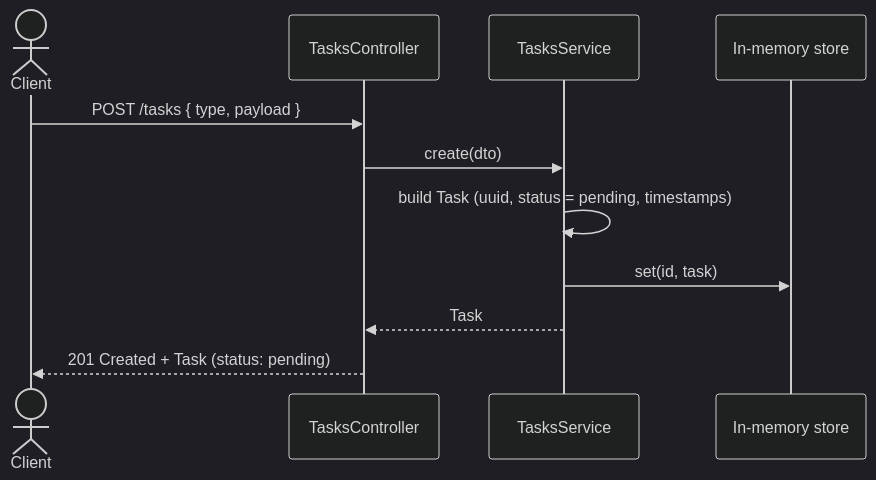
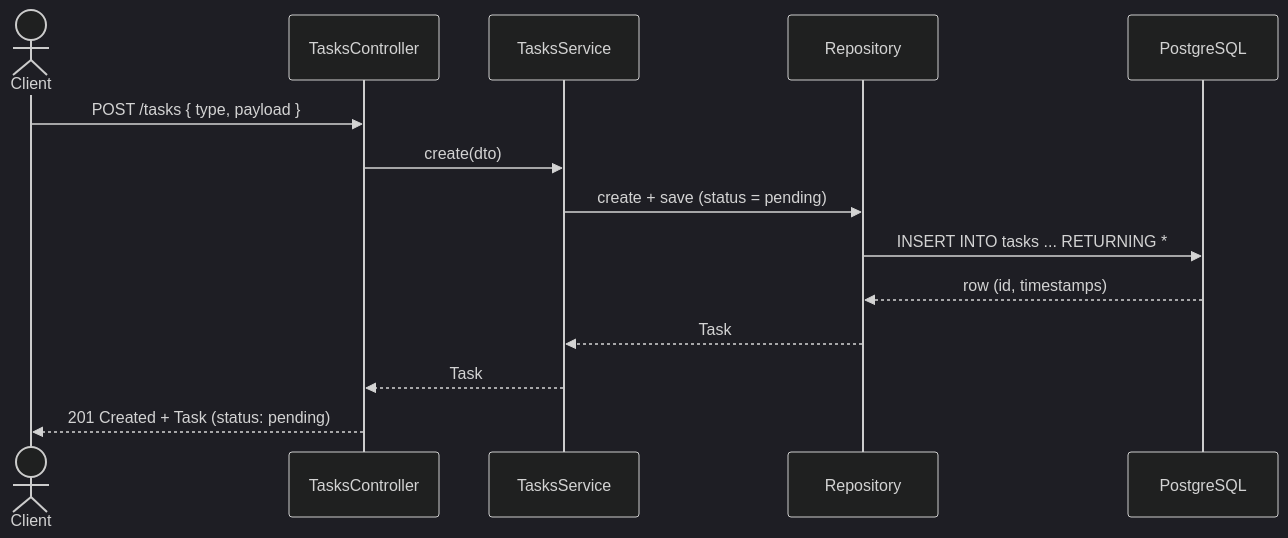
Before and after one commit to AnaMuraya/conveyor: the second of 4 diagrams in docs/architecture.md, drawn with Mermaid (dark theme). The commit also changed other lines of this file and 20 other files, not shown here.

First line of the commit message:
feat: persist tasks in PostgreSQL via TypeORM

````diff
--- a/docs/architecture.md
+++ b/docs/architecture.md
@@ -48,14 +52,17 @@
 ```mermaid
 sequenceDiagram
   actor Client
   participant C as TasksController
   participant S as TasksService
-  participant M as In-memory store
+  participant R as Repository
+  participant DB as PostgreSQL
 
   Client->>C: POST /tasks { type, payload }
   C->>S: create(dto)
-  S->>S: build Task (uuid, status = pending, timestamps)
-  S->>M: set(id, task)
+  S->>R: create + save (status = pending)
+  R->>DB: INSERT INTO tasks ... RETURNING *
+  DB-->>R: row (id, timestamps)
+  R-->>S: Task
   S-->>C: Task
   C-->>Client: 201 Created + Task (status: pending)
 ```
````
